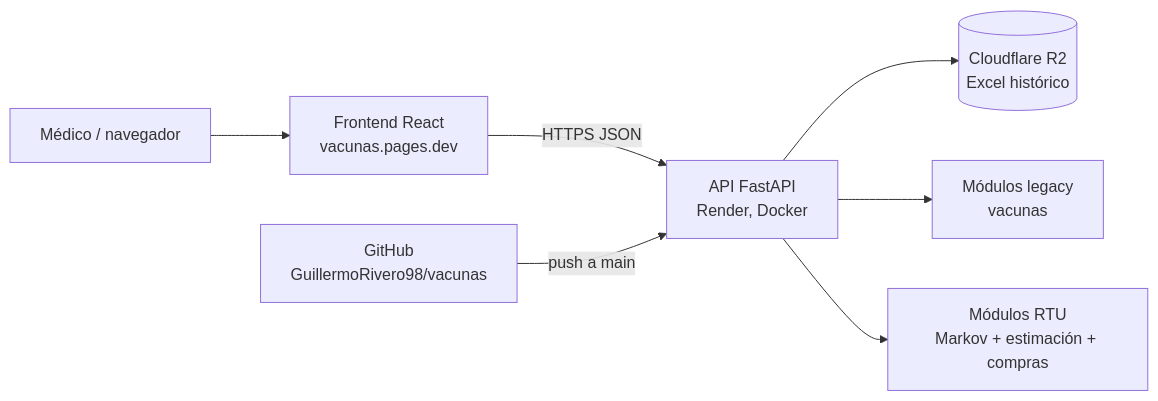
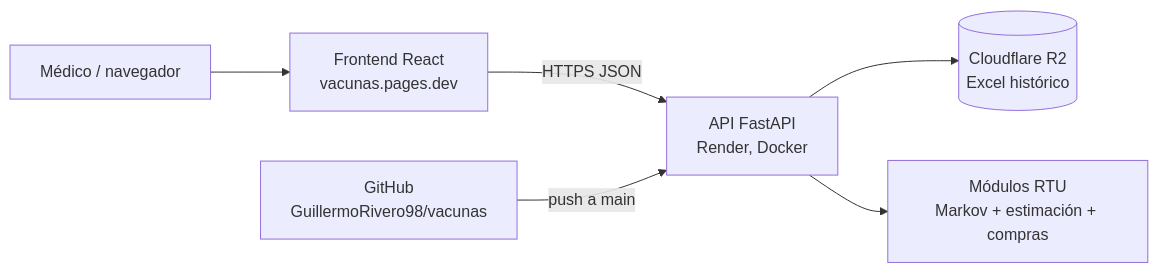
Before and after one commit to GuillermoRivero98/vacunas: the first of 2 diagrams in README.md, drawn with Mermaid. The commit also changed other lines of this file and 16 other files, not shown here.

````diff
--- a/README.md
+++ b/README.md
@@ -148,9 +148,8 @@
 ```mermaid
 flowchart LR
     U[Médico / navegador] --> FE[Frontend React<br/>vacunas.pages.dev]
     FE -->|HTTPS JSON| API[API FastAPI<br/>Render, Docker]
     API --> R2[(Cloudflare R2<br/>Excel histórico)]
-    API --> LEG[Módulos legacy<br/>vacunas]
     API --> RTU[Módulos RTU<br/>Markov + estimación + compras]
     GH[GitHub<br/>GuillermoRivero98/vacunas] -->|push a main| API
 ```
````
